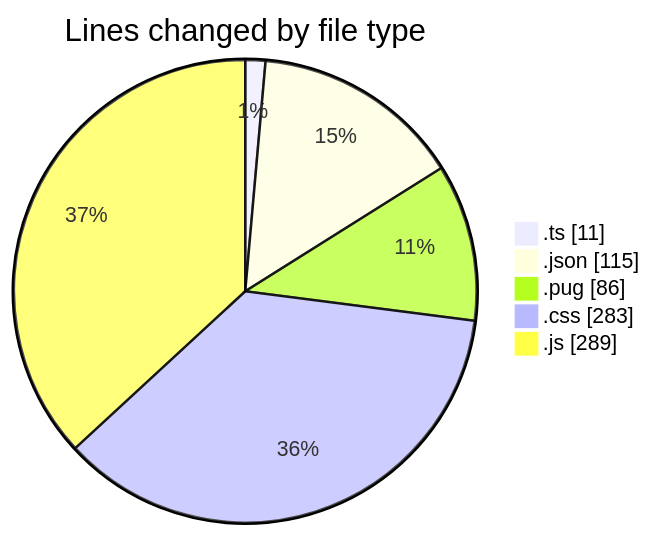
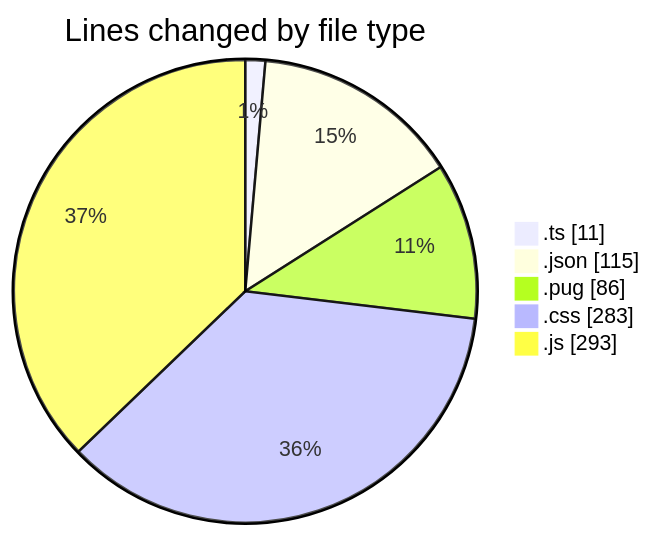
Before and after one commit to momahboobian/code-tracking: the first of 2 diagrams in 2025-02-24/cda/README.md, drawn with Mermaid. The commit also changed other lines of this file and 1 other file, not shown here.

````diff
--- a/2025-02-24/cda/README.md
+++ b/2025-02-24/cda/README.md
@@ -31,9 +31,9 @@
 ```mermaid
 pie showData
 title Lines changed by file type
 ".ts" : 11
 ".json" : 115
 ".pug" : 86
 ".css" : 283
-".js" : 289
+".js" : 293
 ```
````
